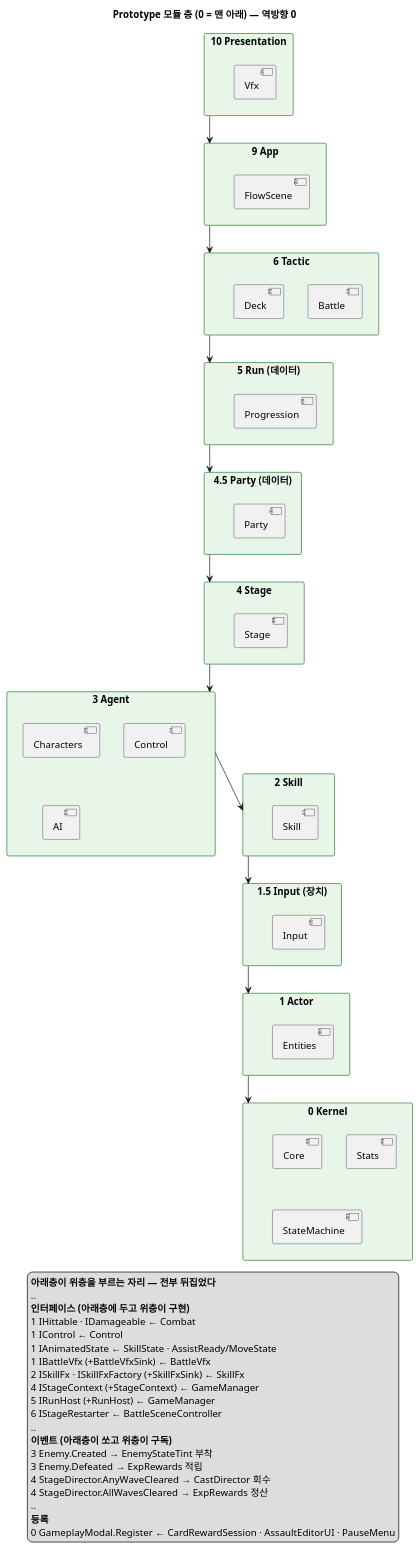
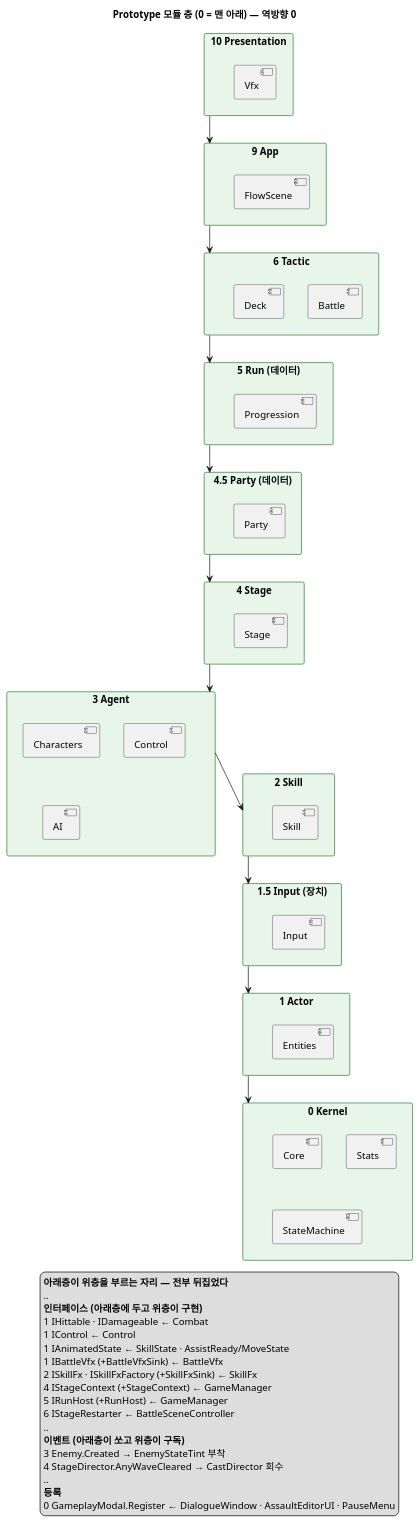
One commit to jukanmi/Prototype changed the diagram in docs/uml/00-Layers.puml. Above: the diagram before and after it, drawn with PlantUML. The commit also changed 114 other files, not shown here.

```diff
--- a/docs/uml/00-Layers.puml
+++ b/docs/uml/00-Layers.puml
@@ -1,85 +1,83 @@
 @startuml 00-Layers
 ' 층 구조 — 위층이 아래층만 참조한다. 역방향 의존 0 (2026-10-16).
 ' 아래층이 위층에 일을 맡기는 자리는 전부 인터페이스(<<interface>>)나 이벤트다 — 오른쪽 목록.
 title Prototype 모듈 층 (0 = 맨 아래) — 역방향 0
 
 skinparam packageStyle rectangle
 skinparam shadowing false
 skinparam package {
   BackgroundColor #E8F5E9
   BorderColor #2E7D32
 }
 
 package "10 Presentation" as L10 {
   [Vfx]
 }
 package "9 App" as L9 {
   [FlowScene]
 }
 package "6 Tactic" as L6 {
   [Battle]
   [Deck]
 }
 package "5 Run (데이터)" as L5 {
   [Progression]
 }
 package "4.5 Party (데이터)" as L45 {
   [Party]
 }
 package "4 Stage" as L4 {
   [Stage]
 }
 package "3 Agent" as L3 {
   [Characters]
   [Control]
   [AI]
 }
 package "2 Skill" as L2 {
   [Skill]
 }
 package "1.5 Input (장치)" as L15 {
   [Input]
 }
 package "1 Actor" as L1 {
   [Entities]
 }
 package "0 Kernel" as L0 {
   [Core]
   [Stats]
   [StateMachine]
 }
 
 L10 -down-> L9
 L9 -down-> L6
 L6 -down-> L5
 L5 -down-> L45
 L45 -down-> L4
 L4 -down-> L3
 L3 -down-> L2
 L2 -down-> L15
 L15 -down-> L1
 L1 -down-> L0
 
 legend right
   <b>아래층이 위층을 부르는 자리 — 전부 뒤집었다</b>
   ..
   <b>인터페이스 (아래층에 두고 위층이 구현)</b>
   1 IHittable · IDamageable ← Combat
   1 IControl ← Control
   1 IAnimatedState ← SkillState · AssistReady/MoveState
   1 IBattleVfx (+BattleVfxSink) ← BattleVfx
   2 ISkillFx · ISkillFxFactory (+SkillFxSink) ← SkillFx
   4 IStageContext (+StageContext) ← GameManager
   5 IRunHost (+RunHost) ← GameManager
   6 IStageRestarter ← BattleSceneController
   ..
   <b>이벤트 (아래층이 쏘고 위층이 구독)</b>
   3 Enemy.Created → EnemyStateTint 부착
-  3 Enemy.Defeated → ExpRewards 적립
   4 StageDirector.AnyWaveCleared → CastDirector 회수
-  4 StageDirector.AllWavesCleared → ExpRewards 정산
   ..
   <b>등록</b>
-  0 GameplayModal.Register ← CardRewardSession · AssaultEditorUI · PauseMenu
+  0 GameplayModal.Register ← DialogueWindow · AssaultEditorUI · PauseMenu
 endlegend
 @enduml
```
